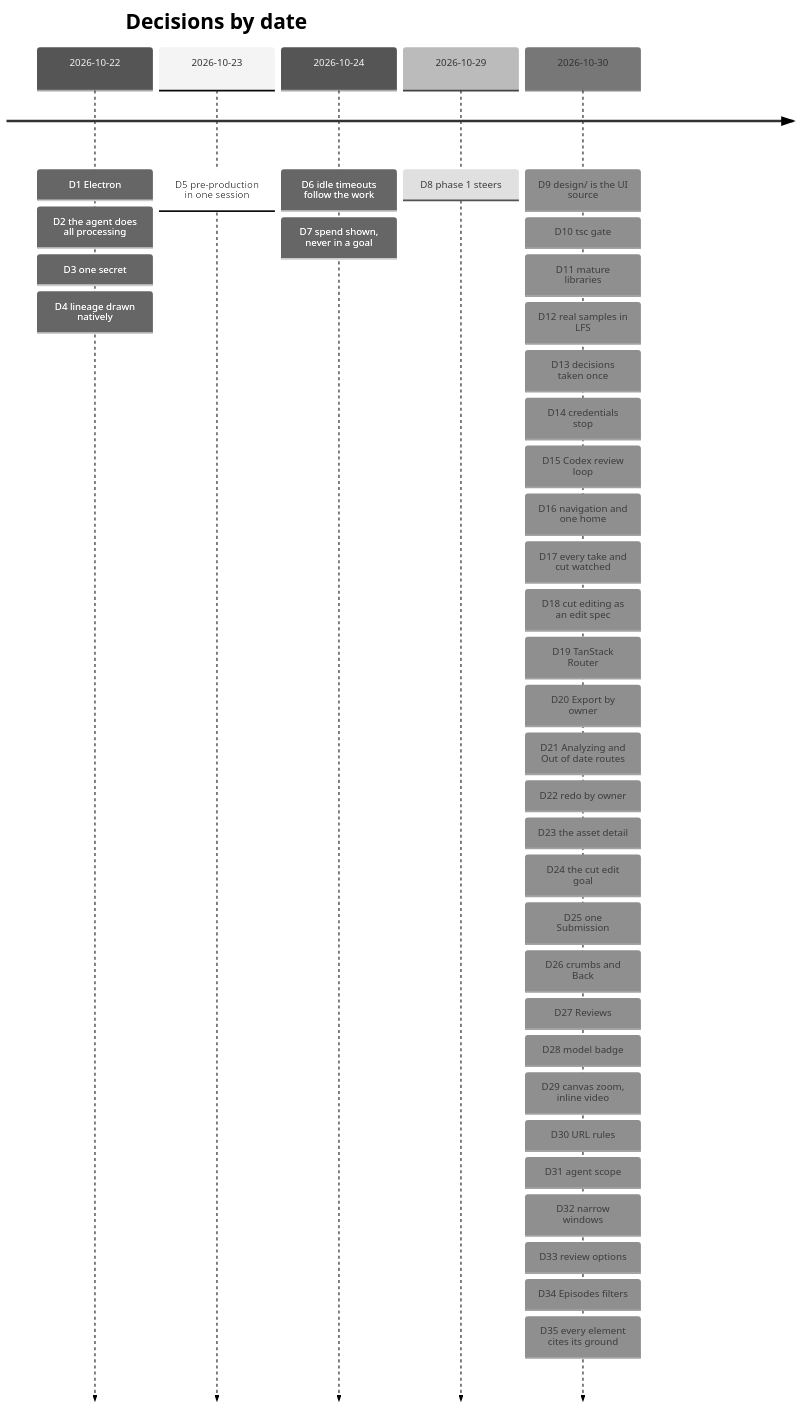
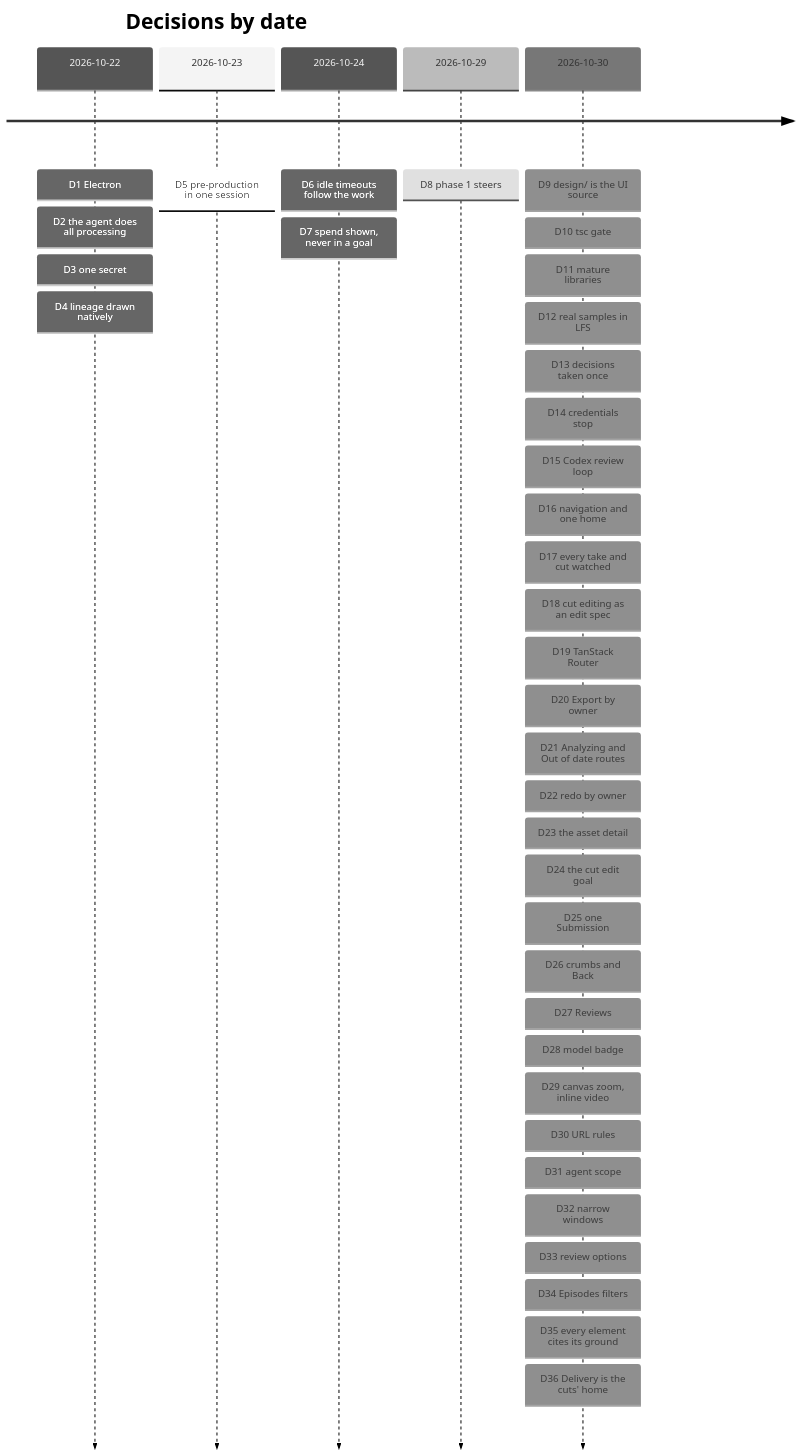
Before and after one commit to PineComputer/open-pinedrama: the diagram in docs/decisions.md, drawn with Mermaid (neutral theme). The commit also changed other lines of this file and 1 other file, not shown here.

Commit message:
docs: D24 carries work-07's cut-edit rules; D36 Delivery is the accepted cuts' one home

````diff
--- a/docs/decisions.md
+++ b/docs/decisions.md
@@ -16,9 +16,9 @@
 ```mermaid
 timeline
   title Decisions by date
   2026-10-22 : D1 Electron : D2 the agent does all processing : D3 one secret : D4 lineage drawn natively
   2026-10-23 : D5 pre-production in one session
   2026-10-24 : D6 idle timeouts follow the work : D7 spend shown, never in a goal
   2026-10-29 : D8 phase 1 steers
-  2026-10-30 : D9 design/ is the UI source : D10 tsc gate : D11 mature libraries : D12 real samples in LFS : D13 decisions taken once : D14 credentials stop : D15 Codex review loop : D16 navigation and one home : D17 every take and cut watched : D18 cut editing as an edit spec : D19 TanStack Router : D20 Export by owner : D21 Analyzing and Out of date routes : D22 redo by owner : D23 the asset detail : D24 the cut edit goal : D25 one Submission : D26 crumbs and Back : D27 Reviews : D28 model badge : D29 canvas zoom, inline video : D30 URL rules : D31 agent scope : D32 narrow windows : D33 review options : D34 Episodes filters : D35 every element cites its ground
+  2026-10-30 : D9 design/ is the UI source : D10 tsc gate : D11 mature libraries : D12 real samples in LFS : D13 decisions taken once : D14 credentials stop : D15 Codex review loop : D16 navigation and one home : D17 every take and cut watched : D18 cut editing as an edit spec : D19 TanStack Router : D20 Export by owner : D21 Analyzing and Out of date routes : D22 redo by owner : D23 the asset detail : D24 the cut edit goal : D25 one Submission : D26 crumbs and Back : D27 Reviews : D28 model badge : D29 canvas zoom, inline video : D30 URL rules : D31 agent scope : D32 narrow windows : D33 review options : D34 Episodes filters : D35 every element cites its ground : D36 Delivery is the cuts' home
 ```
````
